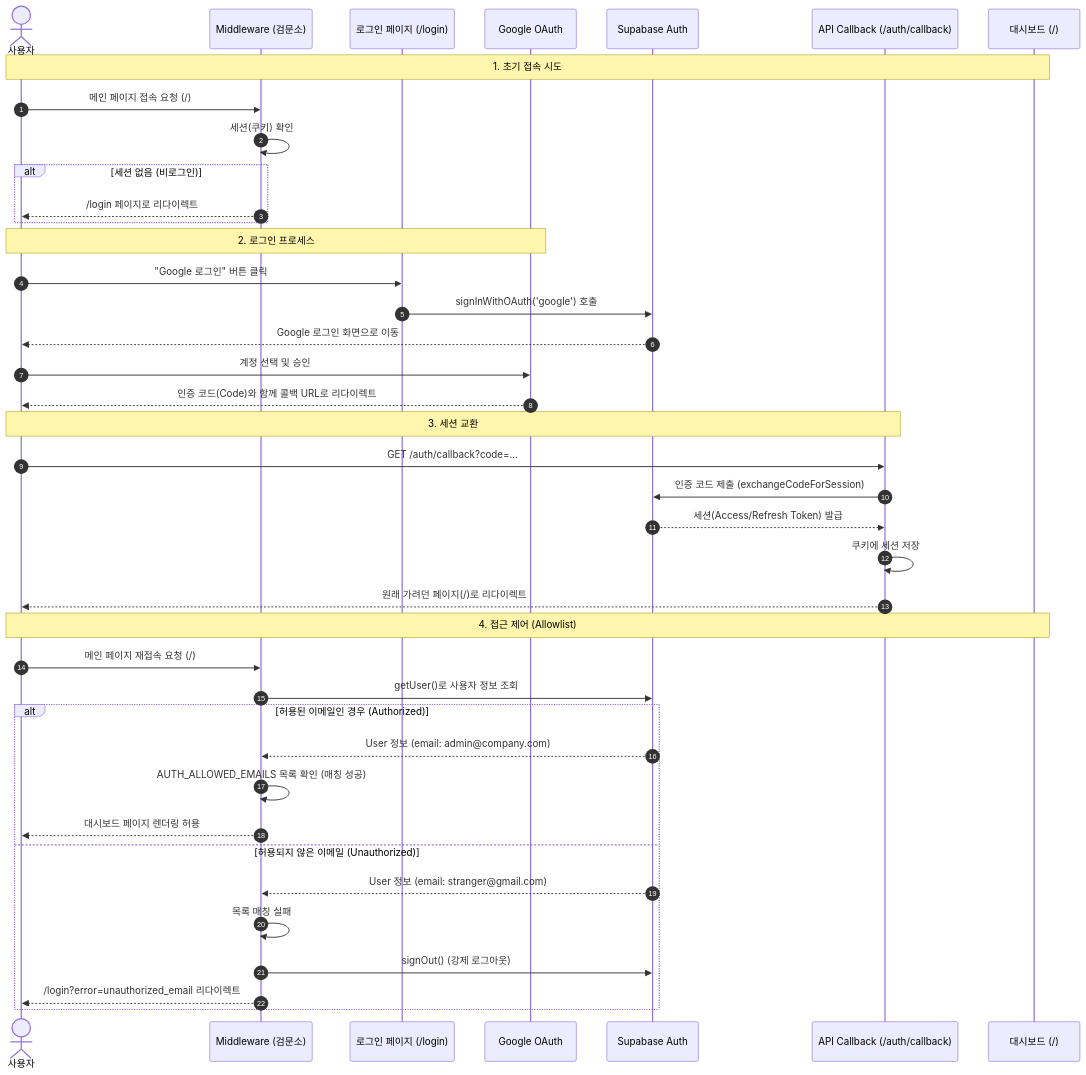
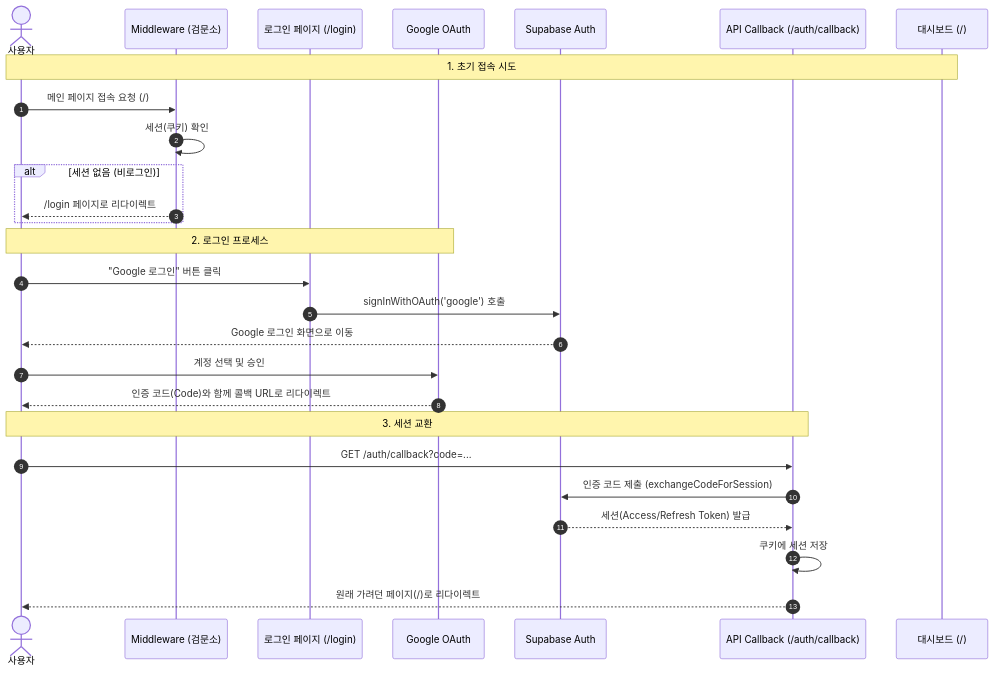
One commit to yaffleria/my-kis-dashboard changed the diagram in doc/GOOGLE_LOGIN_IMPLEMENTATION.md. Above: the diagram before and after it, drawn with Mermaid. The commit also changed other lines of this file and 53 other files, not shown here.

````diff
--- a/doc/GOOGLE_LOGIN_IMPLEMENTATION.md
+++ b/doc/GOOGLE_LOGIN_IMPLEMENTATION.md
@@ -18,47 +17,34 @@
 ```mermaid
 sequenceDiagram
     autonumber
     actor User as 사용자
     participant Middleware as Middleware (검문소)
     participant Page as 로그인 페이지 (/login)
     participant Google as Google OAuth
     participant Supabase as Supabase Auth
     participant Callback as API Callback (/auth/callback)
     participant Dashboard as 대시보드 (/)
 
     Note over User, Dashboard: 1. 초기 접속 시도
     User->>Middleware: 메인 페이지 접속 요청 (/)
     Middleware->>Middleware: 세션(쿠키) 확인
     alt 세션 없음 (비로그인)
         Middleware-->>User: /login 페이지로 리다이렉트
     end
 
     Note over User, Google: 2. 로그인 프로세스
     User->>Page: "Google 로그인" 버튼 클릭
     Page->>Supabase: signInWithOAuth('google') 호출
     Supabase-->>User: Google 로그인 화면으로 이동
     User->>Google: 계정 선택 및 승인
     Google-->>User: 인증 코드(Code)와 함께 콜백 URL로 리다이렉트
 
     Note over User, Callback: 3. 세션 교환
     User->>Callback: GET /auth/callback?code=...
     Callback->>Supabase: 인증 코드 제출 (exchangeCodeForSession)
     Supabase-->>Callback: 세션(Access/Refresh Token) 발급
     Callback->>Callback: 쿠키에 세션 저장
     Callback-->>User: 원래 가려던 페이지(/)로 리다이렉트
 
-    Note over User, Dashboard: 4. 접근 제어 (Allowlist)
-    User->>Middleware: 메인 페이지 재접속 요청 (/)
-    Middleware->>Supabase: getUser()로 사용자 정보 조회
 
-    alt 허용된 이메일인 경우 (Authorized)
-        Supabase-->>Middleware: User 정보 (email: admin@company.com)
-        Middleware->>Middleware: AUTH_ALLOWED_EMAILS 목록 확인 (매칭 성공)
-        Middleware-->>User: 대시보드 페이지 렌더링 허용
-    else 허용되지 않은 이메일 (Unauthorized)
-        Supabase-->>Middleware: User 정보 (email: stranger@gmail.com)
-        Middleware->>Middleware: 목록 매칭 실패
-        Middleware->>Supabase: signOut() (강제 로그아웃)
-        Middleware-->>User: /login?error=unauthorized_email 리다이렉트
-    end
 ```
````
